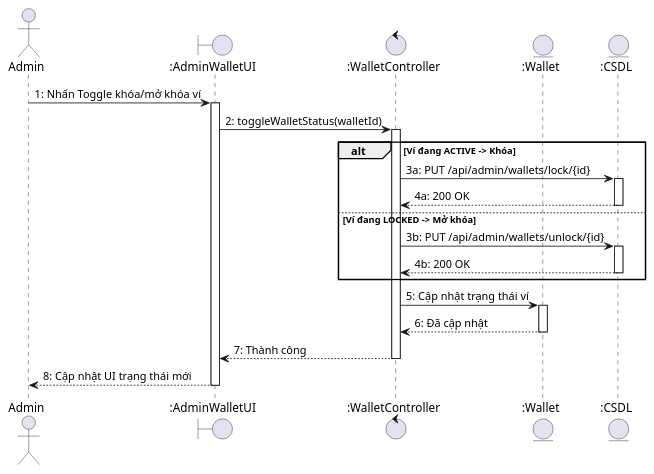
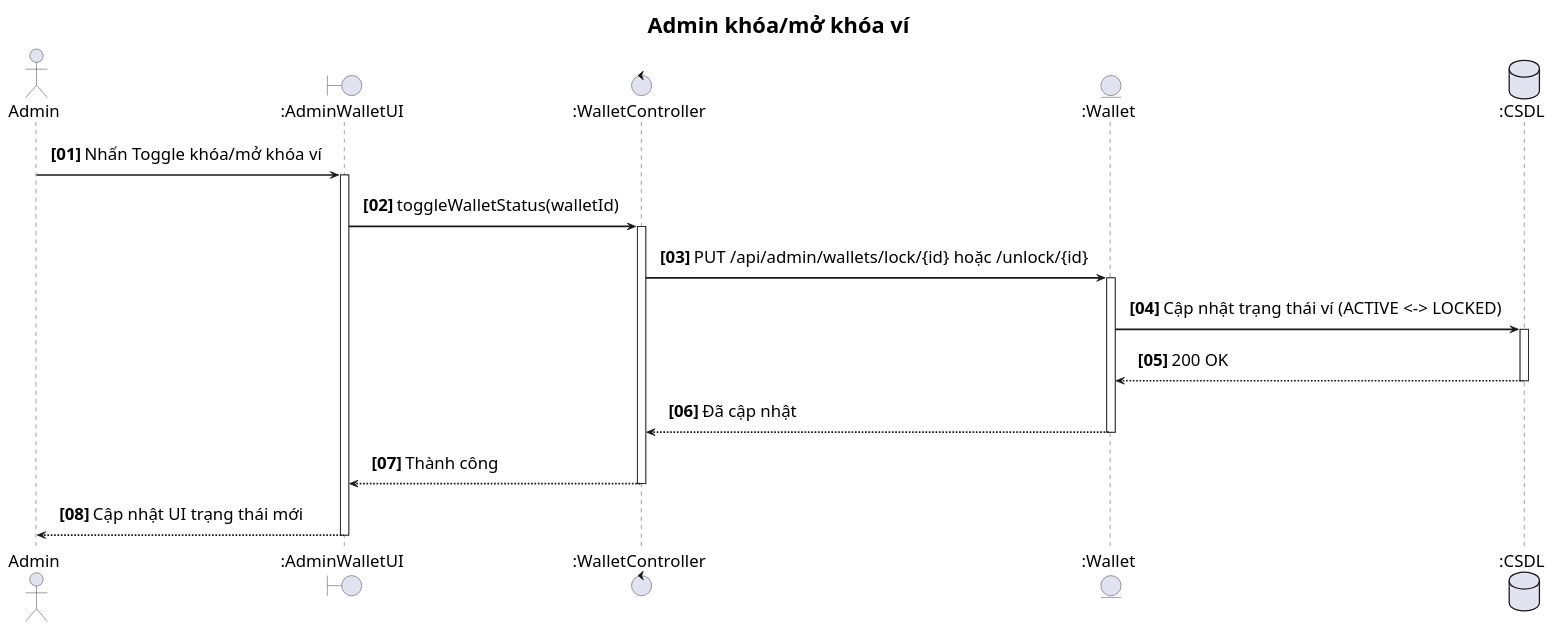
One commit to Gonztbl/DATN_FRONT-END changed the diagram in front-end/src/usecaseUML/UC61_AdminKhoaMoKhoaVi.puml. Above: the diagram before and after it, drawn with PlantUML. The commit also changed 45 other files, not shown here.

```diff
--- a/front-end/src/usecaseUML/UC61_AdminKhoaMoKhoaVi.puml
+++ b/front-end/src/usecaseUML/UC61_AdminKhoaMoKhoaVi.puml
@@ -1,36 +1,46 @@
 @startuml UC61_AdminKhoaMoKhoaVi
-actor Admin
+title Admin khóa/mở khóa ví
+
+autonumber "<b>[00]</b>"
+skinparam sequenceArrowThickness 2
+skinparam roundcorner 10
+skinparam defaultFontSize 20
+skinparam titleFontSize 26
+skinparam sequenceFontSize 19
+skinparam sequenceMessageFontSize 20
+skinparam sequenceActorFontSize 20
+skinparam sequenceParticipantFontSize 20
+skinparam noteFontSize 18
+skinparam sequenceArrowFontSize 20
+skinparam sequence {
+    ParticipantPadding 30
+    LifeLinePadding 20
+    MessagePadding 10
+}
+
+actor "Admin" as Admin
 boundary ":AdminWalletUI" as UI
 control ":WalletController" as CTRL
 entity ":Wallet" as ENT
-entity ":CSDL" as DB
+database ":CSDL" as DB
 
-Admin -> UI : 1: Nhấn Toggle khóa/mở khóa ví
+Admin -> UI : Nhấn Toggle khóa/mở khóa ví
 activate UI
 
-UI -> CTRL : 2: toggleWalletStatus(walletId)
+UI -> CTRL : toggleWalletStatus(walletId)
 activate CTRL
-
-alt Ví đang ACTIVE -> Khóa
-    CTRL -> DB : 3a: PUT /api/admin/wallets/lock/{id}
-    activate DB
-    DB --> CTRL : 4a: 200 OK
-    deactivate DB
-else Ví đang LOCKED -> Mở khóa
-    CTRL -> DB : 3b: PUT /api/admin/wallets/unlock/{id}
-    activate DB
-    DB --> CTRL : 4b: 200 OK
-    deactivate DB
-end
-
-CTRL -> ENT : 5: Cập nhật trạng thái ví
+CTRL -> ENT : PUT /api/admin/wallets/lock/{id} hoặc /unlock/{id}
 activate ENT
-ENT --> CTRL : 6: Đã cập nhật
+ENT -> DB : Cập nhật trạng thái ví (ACTIVE <-> LOCKED)
+activate DB
+DB --> ENT : 200 OK
+deactivate DB
+ENT --> CTRL : Đã cập nhật
 deactivate ENT
-
-CTRL --> UI : 7: Thành công
+CTRL --> UI : Thành công
 deactivate CTRL
 
-UI --> Admin : 8: Cập nhật UI trạng thái mới
+UI --> Admin : Cập nhật UI trạng thái mới
+
 deactivate UI
 @enduml
```
